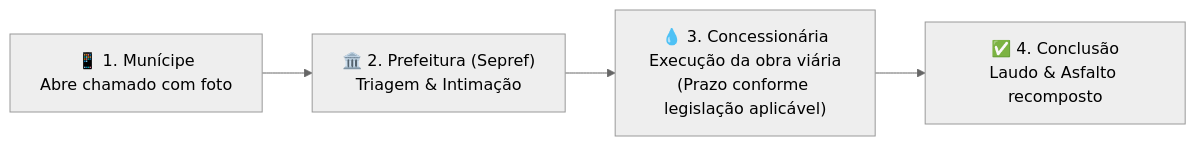
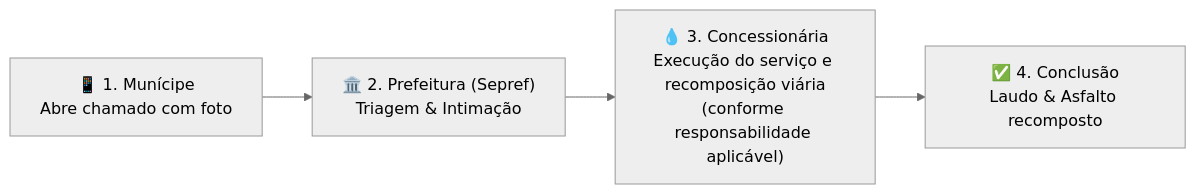
The diagram in README.md (CarvalhoNathan/sabesp), drawn with Mermaid (neutral theme) before and after one commit. The commit also changed other lines of this file and 3 other files, not shown here.

````diff
--- a/README.md
+++ b/README.md
@@ -78,6 +78,6 @@
 ```mermaid
 flowchart LR
     A["📱 1. Munícipe<br/>Abre chamado com foto"] --> B["🏛️ 2. Prefeitura (Sepref)<br/>Triagem & Intimação"]
-    B --> C["💧 3. Concessionária<br/>Execução da obra viária<br/>(Prazo conforme legislação aplicável)"]
+    B --> C["💧 3. Concessionária<br/>Execução do serviço e recomposição viária<br/>(conforme responsabilidade aplicável)"]
     C --> D["✅ 4. Conclusão<br/>Laudo & Asfalto recomposto"]
 ```
````
